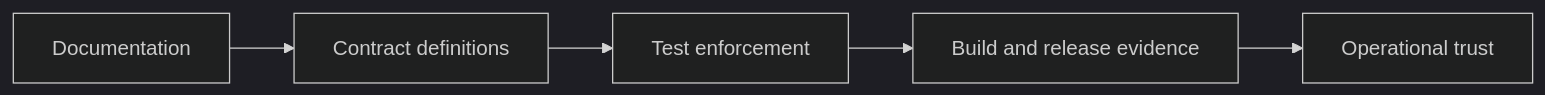
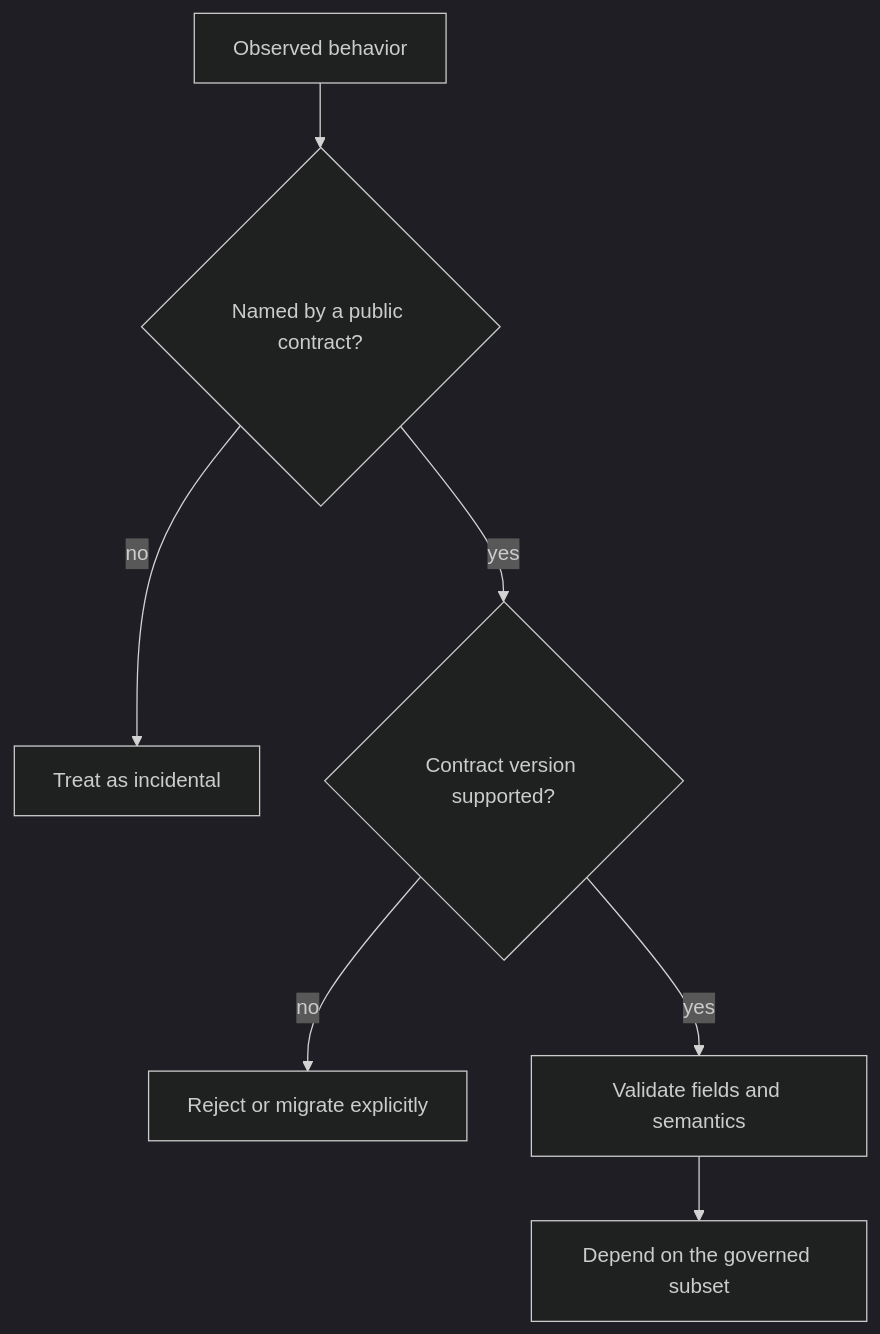
Before and after one commit to bijux/bijux-atlas: the second of 2 diagrams in docs/bijux-atlas/foundations/guarantees-and-stability.md, drawn with Mermaid (dark theme). The commit also changed other lines of this file and 2 other files, not shown here.

Commit message:
docs(contracts): define product guarantees and output stability

````diff
--- a/docs/bijux-atlas/foundations/guarantees-and-stability.md
+++ b/docs/bijux-atlas/foundations/guarantees-and-stability.md
@@ -93,7 +73,9 @@
 ```mermaid
-flowchart LR
-    Docs[Documentation] --> Contracts[Contract definitions]
-    Contracts --> Tests[Test enforcement]
-    Tests --> Evidence[Build and release evidence]
-    Evidence --> Trust[Operational trust]
+flowchart TD
+    Input[Observed behavior] --> Named{Named by a public contract?}
+    Named -- no --> Incidental[Treat as incidental]
+    Named -- yes --> Version{Contract version supported?}
+    Version -- no --> Reject[Reject or migrate explicitly]
+    Version -- yes --> Validate[Validate fields and semantics]
+    Validate --> Consume[Depend on the governed subset]
 ```
````
